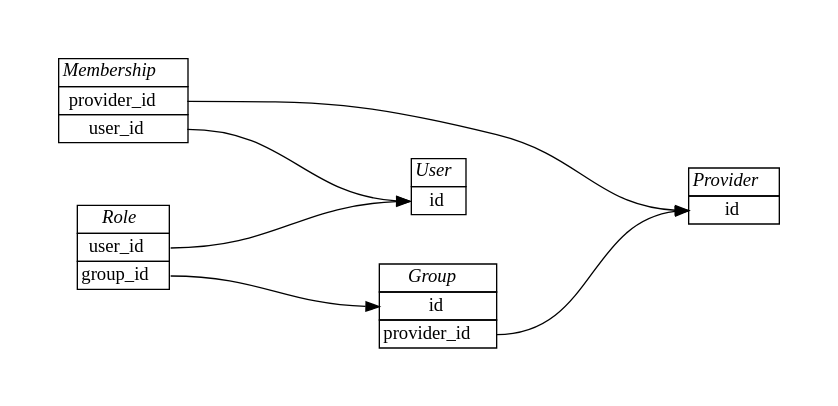
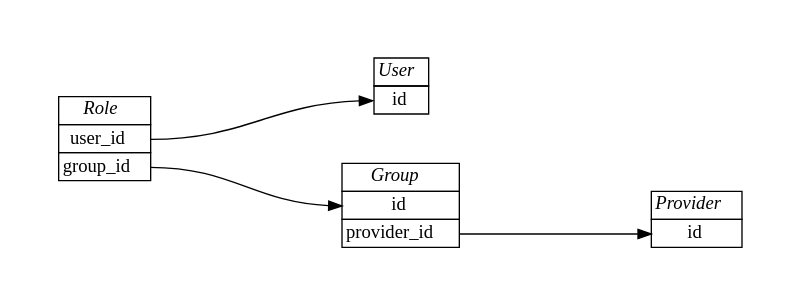
Before and after one commit to knowark/authark: the diagram in docs/architecture/domain.rst, drawn with Graphviz.

Commit message:
Remove membership structure as the relationship between users and providers is  given by groups and roles

```diff
--- a/docs/architecture/domain.rst
+++ b/docs/architecture/domain.rst
@@ -9,47 +9,38 @@
 .. graphviz::
 
    digraph {
     graph [pad="0.5", nodesep="0.5", ranksep="2"];
     node [shape=plain]
     rankdir=LR;
 
     User [label=<
     <table border="0" cellborder="1" cellspacing="0">
     <tr><td><i>User</i></td></tr>
     <tr><td port="id">id</td></tr>
     </table>>];
 
     Role [label=<
     <table border="0" cellborder="1" cellspacing="0">
     <tr><td><i>Role</i></td></tr>
     <tr><td port="user_id">user_id</td></tr>
     <tr><td port="group_id">group_id</td></tr>
     </table>>];
 
     Group [label=<
     <table border="0" cellborder="1" cellspacing="0">
     <tr><td><i>Group</i></td></tr>
     <tr><td port="id">id</td></tr>
     <tr><td port="provider_id">provider_id</td></tr>
     </table>>];
 
-    Membership [label=<
-    <table border="0" cellborder="1" cellspacing="0">
-    <tr><td><i>Membership</i></td></tr>
-    <tr><td port="provider_id">provider_id</td></tr>
-    <tr><td port="user_id">user_id</td></tr>
-    </table>>];
-
     Provider [label=<
     <table border="0" cellborder="1" cellspacing="0">
     <tr><td><i>Provider</i></td></tr>
     <tr><td port="id">id</td></tr>
     </table>>];
 
     Role:user_id -> User:id;
     Role:group_id -> Group:id;
-    Membership:user_id -> User:id;
-    Membership:provider_id -> Provider:id;
     Group:provider_id -> Provider:id;
 
     }
```
